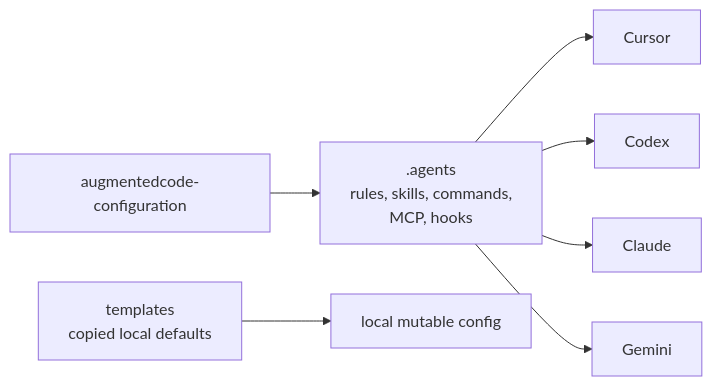
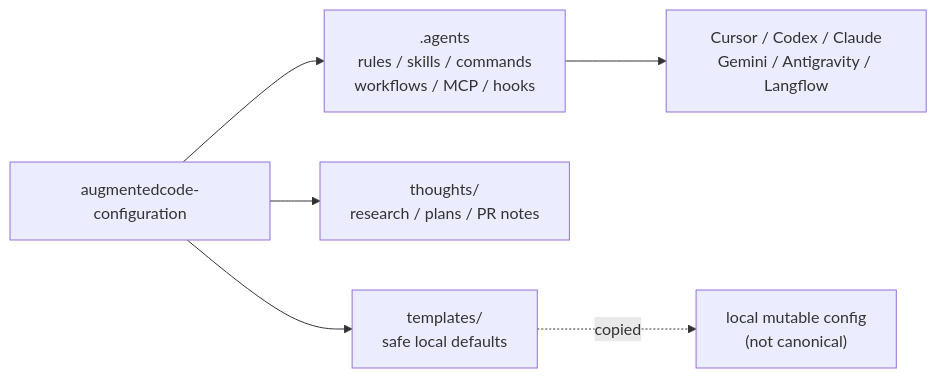
One commit to saski/augmentedcode-configuration changed the first of 2 diagrams in README.md. Above: the diagram before and after it, drawn with Mermaid. The commit also changed other lines of this file, not shown here.

````diff
--- a/README.md
+++ b/README.md
@@ -29,18 +46,15 @@
 ```mermaid
 flowchart LR
     repo["augmentedcode-configuration"]
-    agents[".agents\nrules, skills, commands,\nMCP, hooks"]
-    cursor["Cursor"]
-    codex["Codex"]
-    claude["Claude"]
-    gemini["Gemini"]
-    templates["templates\ncopied local defaults"]
-    local["local mutable config"]
+    agents[".agents<br/>rules / skills / commands<br/>workflows / MCP / hooks"]
+    thoughts["thoughts/<br/>research / plans / PR notes"]
+    templates["templates/<br/>safe local defaults"]
+    tools["Cursor / Codex / Claude<br/>Gemini / Antigravity / Langflow"]
+    local["local mutable config<br/>(not canonical)"]
 
     repo --> agents
-    agents --> cursor
-    agents --> codex
-    agents --> claude
-    agents --> gemini
-    templates --> local
+    repo --> thoughts
+    repo --> templates
+    agents --> tools
+    templates -. copied .-> local
 ```
````
